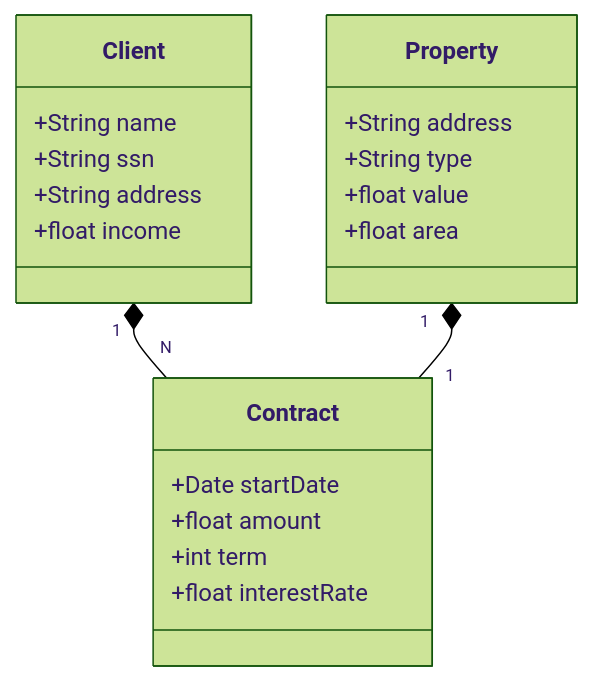
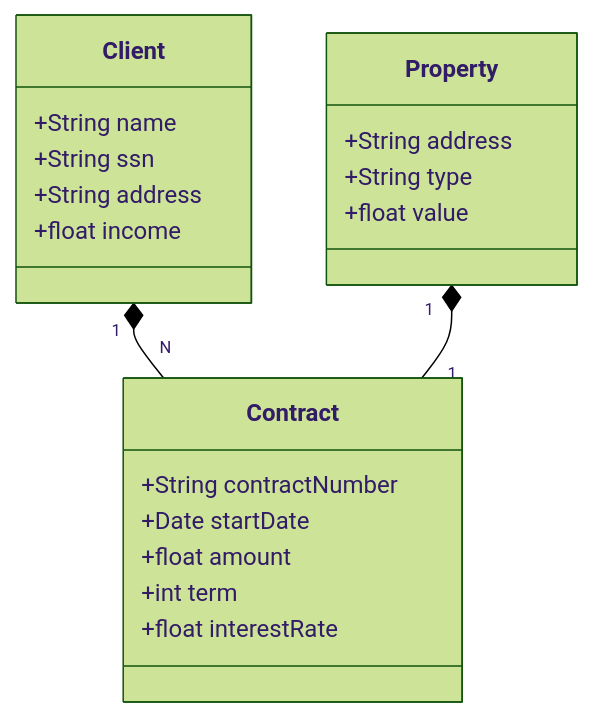
Before and after one commit to diiggoo/santander-2024-backend-java: the diagram in desafio-api-restful-deploy/README.md, drawn with Mermaid (forest theme).

````diff
--- a/desafio-api-restful-deploy/README.md
+++ b/desafio-api-restful-deploy/README.md
@@ -1,28 +1,28 @@
 ```mermaid
 classDiagram
 
     class Property {
         +String address
         +String type
         +float value
-        +float area
     }
 
     class Client {
         +String name
         +String ssn
         +String address
         +float income
     }
 
     class Contract {
+        +String contractNumber
         +Date startDate
         +float amount
         +int term
         +float interestRate
     }
 
   Client "1" *-- "N" Contract 
     Property "1" *-- "1" Contract
     
 ```
````
